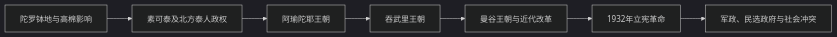
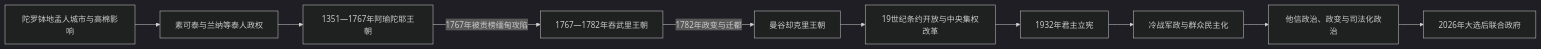
Before and after one commit to tianlan-dev/learning-notes: the diagram in 人文科学/历史/东南亚/泰国/README.md, drawn with Mermaid (dark theme). The commit also changed other lines of this file and 1417 other files, not shown here.

````diff
--- a/人文科学/历史/东南亚/泰国/README.md
+++ b/人文科学/历史/东南亚/泰国/README.md
@@ -9,9 +13,12 @@
 ```mermaid
 flowchart LR
-    A["陀罗钵地与高棉影响"] --> B["素可泰及北方泰人政权"]
-    B --> C["阿瑜陀耶王朝"]
-    C --> D["吞武里王朝"]
-    D --> E["曼谷王朝与近代改革"]
-    E --> F["1932年立宪革命"]
-    F --> G["军政、民选政府与社会冲突"]
+    A["陀罗钵地孟人城市与高棉影响"] --> B["素可泰与兰纳等泰人政权"]
+    B --> C["1351—1767年阿瑜陀耶王朝"]
+    C -->|1767年被贡榜缅甸攻陷| D["1767—1782年吞武里王朝"]
+    D -->|1782年政变与迁都| E["曼谷却克里王朝"]
+    E --> F["19世纪条约开放与中央集权改革"]
+    F --> G["1932年君主立宪"]
+    G --> H["冷战军政与群众民主化"]
+    H --> I["他信政治、政变与司法化政治"]
+    I --> J["2026年大选后联合政府"]
 ```
````
